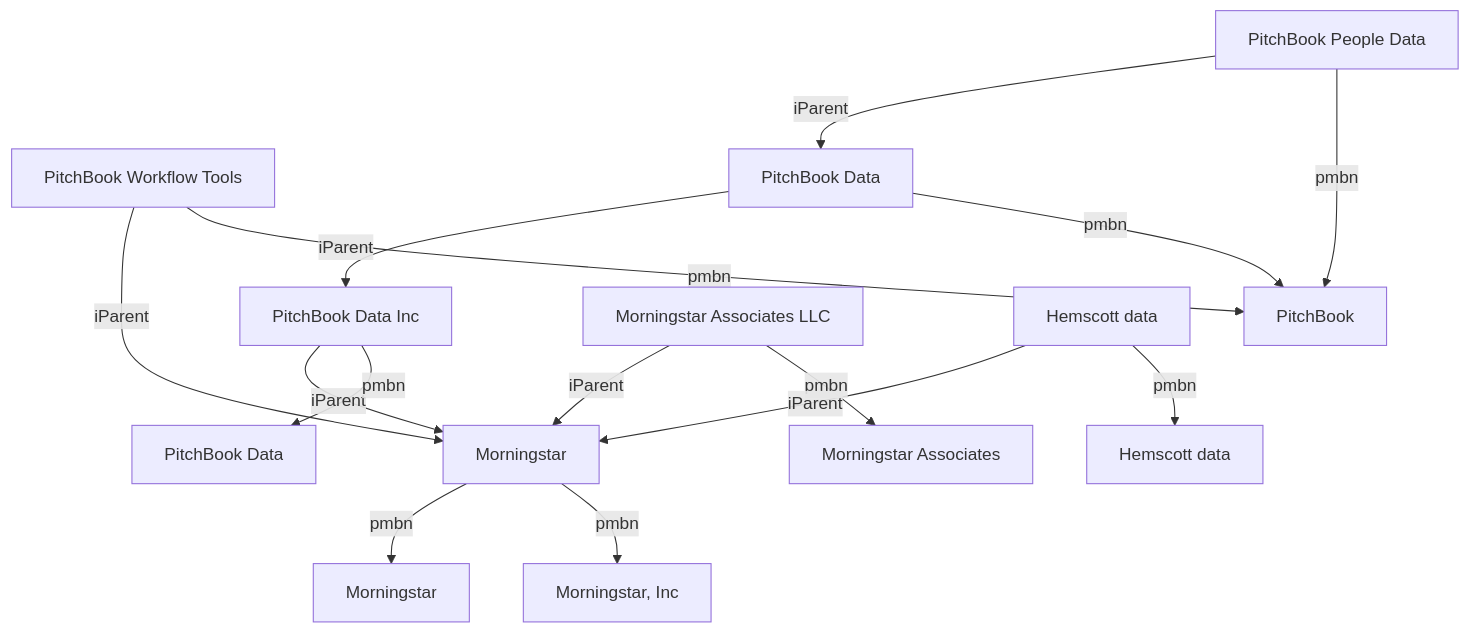
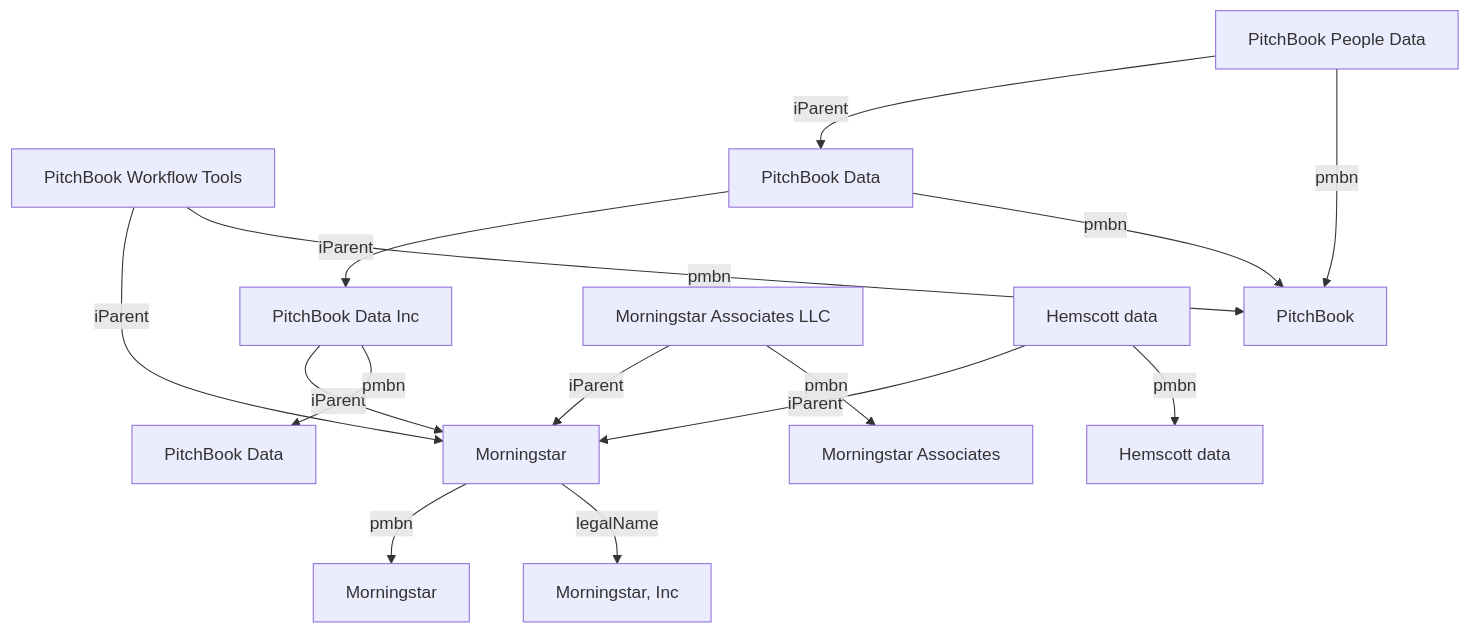
The first of 2 diagrams in morningstar-graph.md (dhurlburtusa/mermaid-test), drawn with Mermaid before and after one commit.

Commit message:
Fix predicate

````diff
--- a/morningstar-graph.md
+++ b/morningstar-graph.md
@@ -55,7 +55,7 @@
 ```mermaid
 graph TD
     A[Morningstar] -->|pmbn| a[Morningstar]
-    A[Morningstar] -->|pmbn| ALegalName[Morningstar, Inc]
+    A[Morningstar] -->|legalName| ALegalName[Morningstar, Inc]
 
     B[PitchBook Workflow Tools] -->|iParent| A
     B -->|pmbn| b[PitchBook]
````
